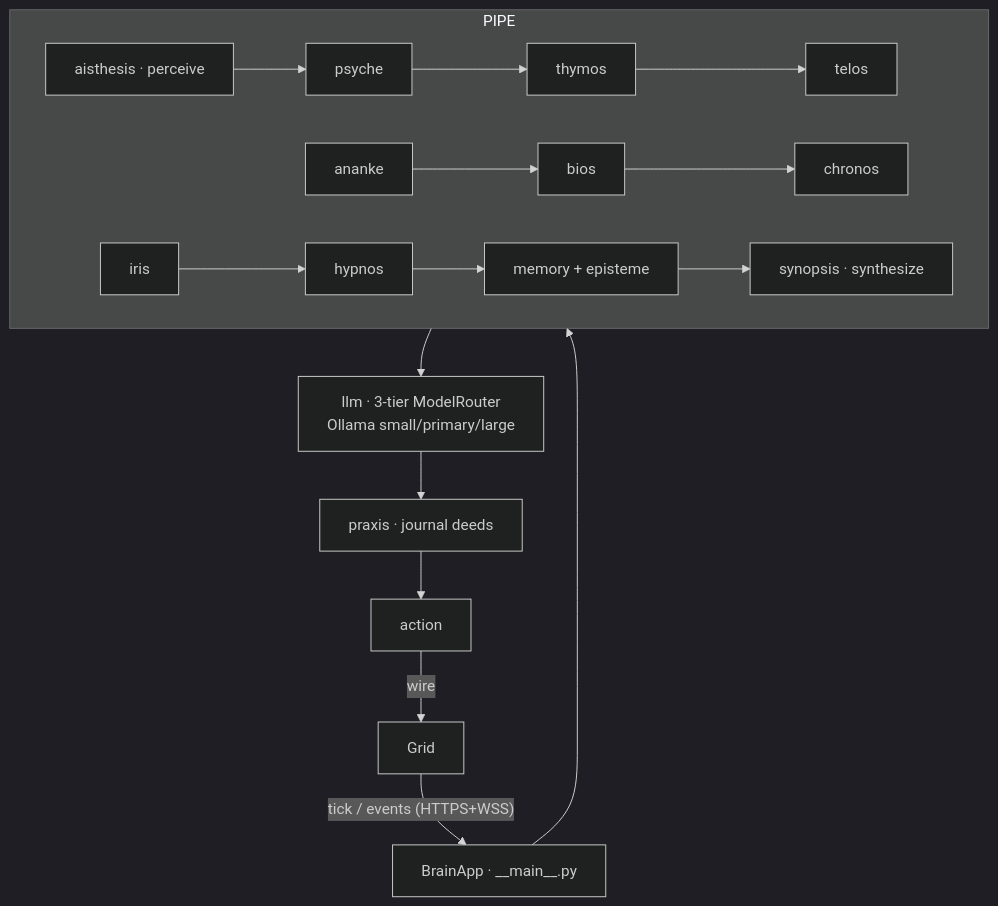
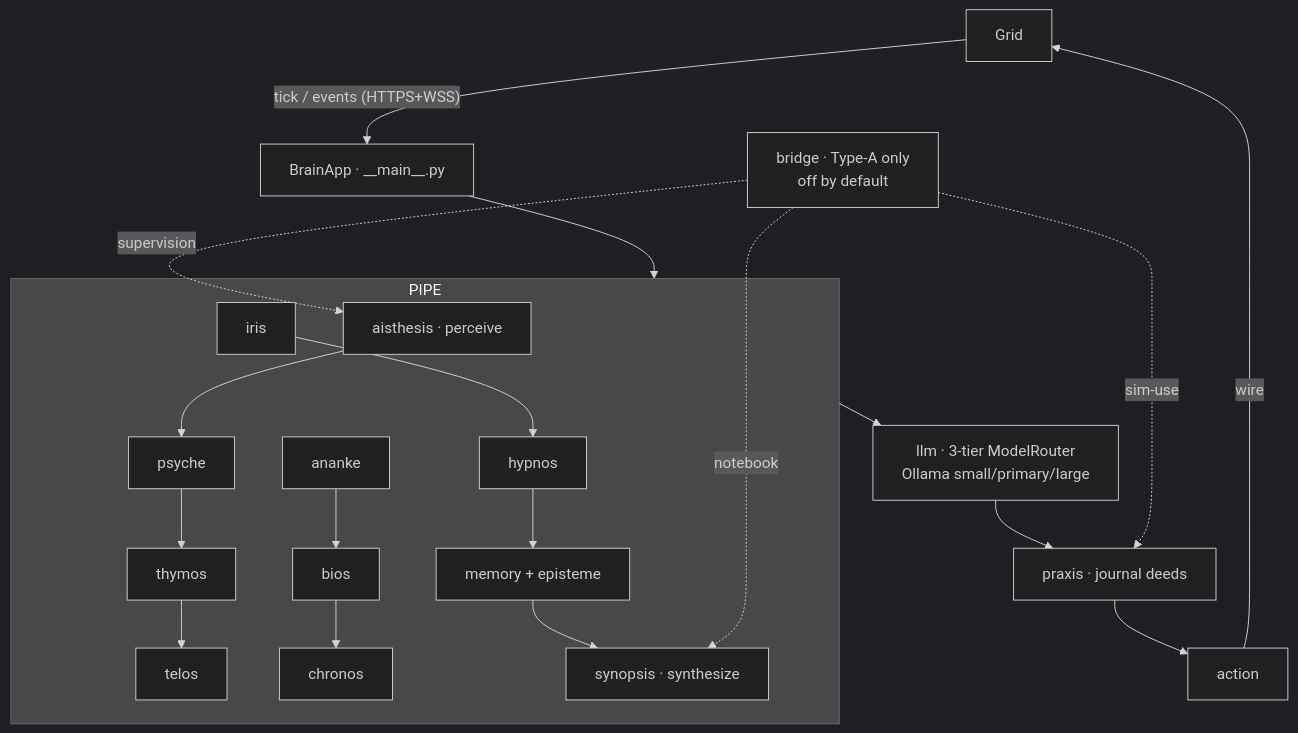
One commit to ASKKPOP/Noesis changed the diagram in .planning/implementation/brain.md. Above: the diagram before and after it, drawn with Mermaid (dark theme). The commit also changed other lines of this file and 2 other files, not shown here.

Commit message:
docs(planning): Phase 76 shipped + correct stale money block
ROADMAP: Phase 76 marked shipped (bridge foundation + 3 providers, full
detail). implementation/brain.md: bridge/ faculty row + pipeline Mermaid
edges. STATE: focus reset (v3.3 Mind fully shipped incl. 76); front-matter
stopped_at/last_updated refreshed; corrected the stale money pointer —
62.5-04/05 were already merged (PRs #16/#17, Issue #9 closed) plus Phase
62/63-core; header had been last touched 2026-07-10 before those landed.

````diff
--- a/.planning/implementation/brain.md
+++ b/.planning/implementation/brain.md
@@ -16,13 +16,16 @@
 ```mermaid
 flowchart TD
   GRID[Grid] -- tick / events (HTTPS+WSS) --> APP[BrainApp · __main__.py]
   APP --> PIPE[cognitive pipeline]
   subgraph PIPE
     AI[aisthesis · perceive] --> PS[psyche] --> TH[thymos] --> TE[telos]
     AN[ananke] --> BI[bios] --> CH[chronos]
     IR[iris] --> HY[hypnos] --> ME[memory + episteme]
     ME --> SY[synopsis · synthesize]
   end
   PIPE --> LLM[llm · 3-tier ModelRouter<br/>Ollama small/primary/large]
   LLM --> PX[praxis · journal deeds] --> ACT[action] -- wire --> GRID
+  BR[bridge · Type-A only<br/>off by default] -. notebook .-> SY
+  BR -. supervision .-> AI
+  BR -. sim-use .-> PX
 ```
````
